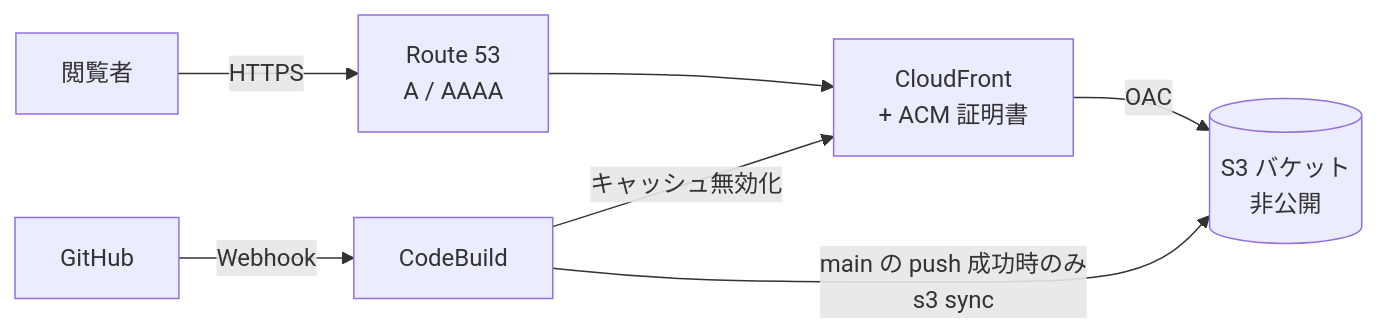
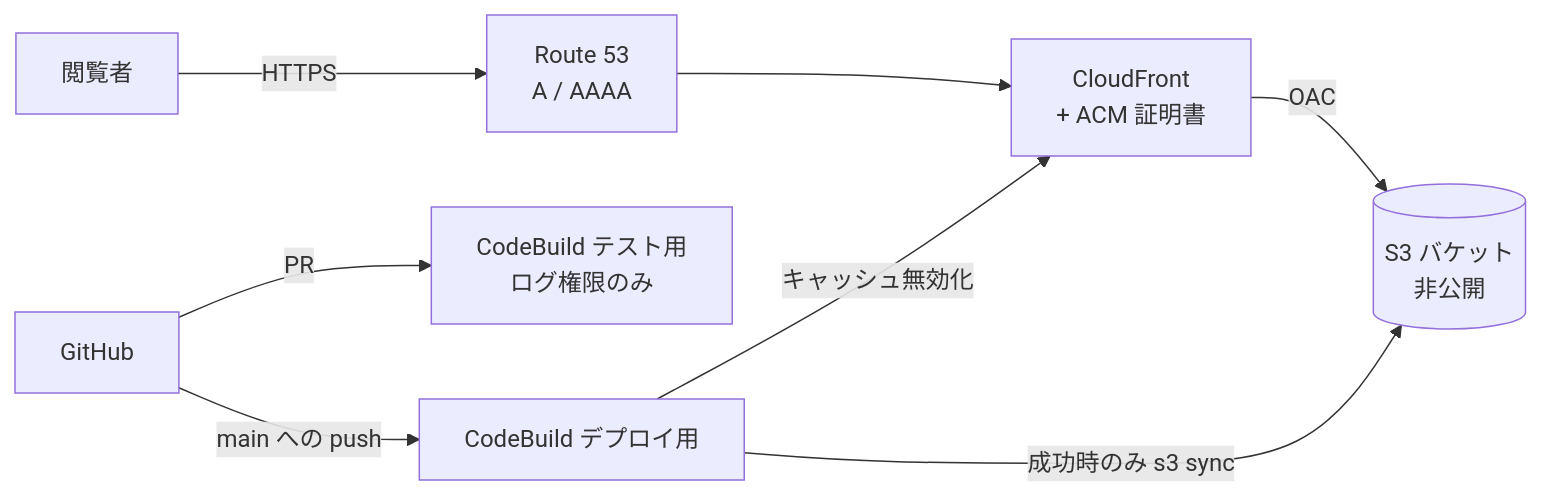
One commit to tetsuya111/portfolio-site changed the diagram in portfolio-site/infra/README.md. Above: the diagram before and after it, drawn with Mermaid. The commit also changed other lines of this file and 6 other files, not shown here.

Commit message:
feat(portfolio-site): テスト用 buildspec を追加し、PR とデプロイの CodeBuild プロジェクトを分離

````diff
--- a/portfolio-site/infra/README.md
+++ b/portfolio-site/infra/README.md
@@ -7,8 +7,9 @@
 ```mermaid
 flowchart LR
   User[閲覧者] -- HTTPS --> R53[Route 53<br/>A / AAAA] --> CF[CloudFront<br/>+ ACM 証明書]
   CF -- OAC --> S3[(S3 バケット<br/>非公開)]
-  GH[GitHub] -- Webhook --> CB[CodeBuild]
-  CB -- main の push 成功時のみ<br/>s3 sync --> S3
+  GH[GitHub] -- PR --> CBT[CodeBuild テスト用<br/>ログ権限のみ]
+  GH -- main への push --> CB[CodeBuild デプロイ用]
+  CB -- 成功時のみ s3 sync --> S3
   CB -- キャッシュ無効化 --> CF
 ```
````
